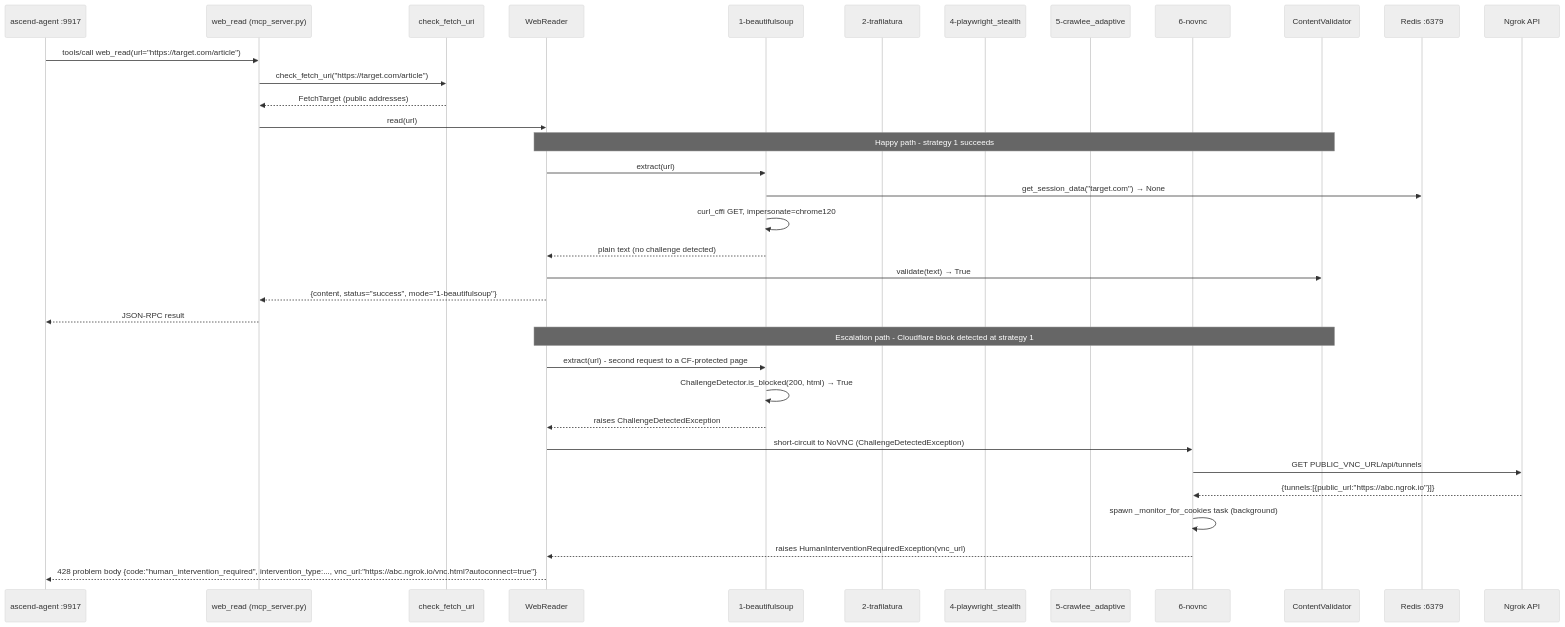
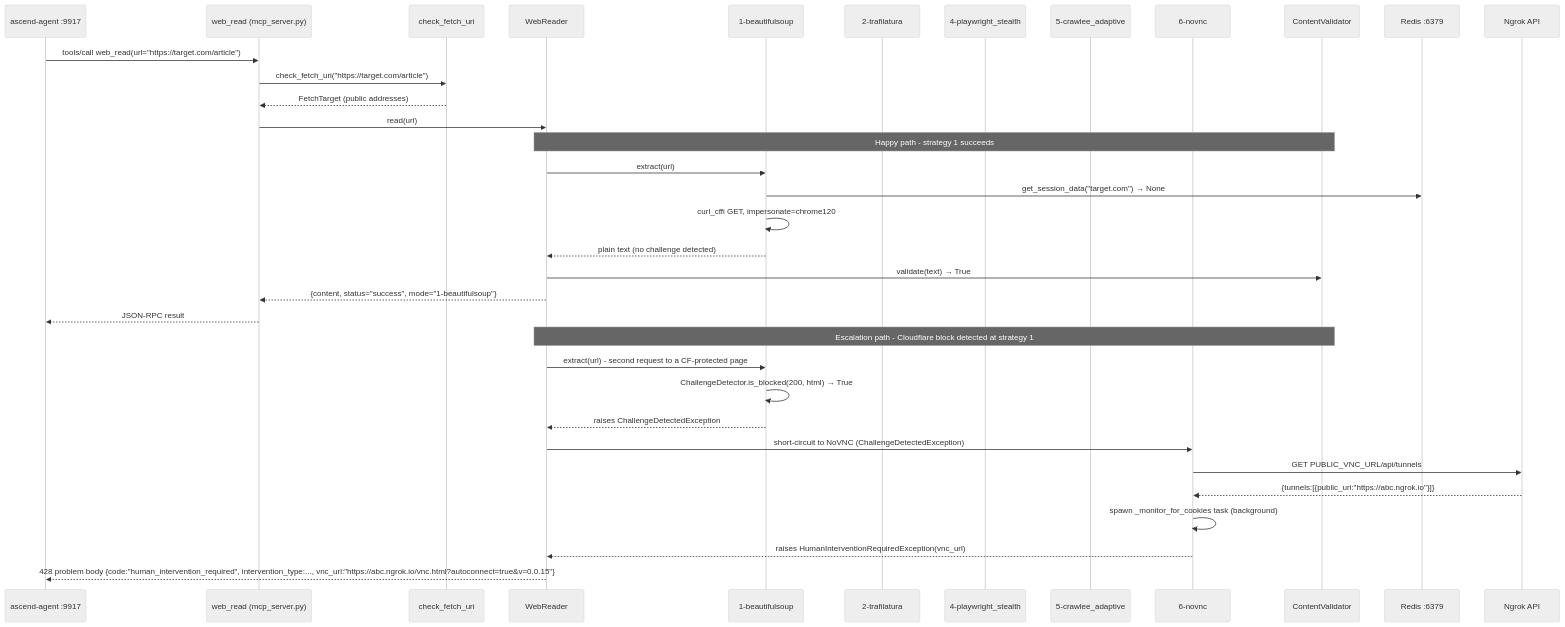
One commit to Lukk17/AscendAI changed the second of 2 diagrams in apps/ascend-web-hunter/docs/architecture/diagrams/container-diagram.md. Above: the diagram before and after it, drawn with Mermaid (neutral theme). The commit also changed 25 other files, not shown here.

````diff
--- a/apps/ascend-web-hunter/docs/architecture/diagrams/container-diagram.md
+++ b/apps/ascend-web-hunter/docs/architecture/diagrams/container-diagram.md
@@ -76,45 +76,45 @@
 ```mermaid
 sequenceDiagram
     accTitle: ascend-web-hunter extraction strategy escalation
     accDescr: Shows strategy escalation from the fast BeautifulSoup path through to the human NoVNC intervention.
 
     participant Agent as ascend-agent :9917
     participant MCP as web_read (mcp_server.py)
     participant Guard as check_fetch_uri
     participant WR as WebReader
     participant S1 as 1-beautifulsoup
     participant S2 as 2-trafilatura
     participant S4 as 4-playwright_stealth
     participant S5 as 5-crawlee_adaptive
     participant S6 as 6-novnc
     participant CV as ContentValidator
     participant Redis as Redis :6379
     participant Ngrok as Ngrok API
 
     Agent->>MCP: tools/call web_read(url="https://target.com/article")
     MCP->>Guard: check_fetch_uri("https://target.com/article")
     Guard-->>MCP: FetchTarget (public addresses)
     MCP->>WR: read(url)
 
     note over WR,CV: Happy path - strategy 1 succeeds
 
     WR->>S1: extract(url)
     S1->>Redis: get_session_data("target.com") → None
     S1->>S1: curl_cffi GET, impersonate=chrome120
     S1-->>WR: plain text (no challenge detected)
     WR->>CV: validate(text) → True
     WR-->>MCP: {content, status="success", mode="1-beautifulsoup"}
     MCP-->>Agent: JSON-RPC result
 
     note over WR,CV: Escalation path - Cloudflare block detected at strategy 1
 
     WR->>S1: extract(url) - second request to a CF-protected page
     S1->>S1: ChallengeDetector.is_blocked(200, html) → True
     S1-->>WR: raises ChallengeDetectedException
     WR->>S6: short-circuit to NoVNC (ChallengeDetectedException)
     S6->>Ngrok: GET PUBLIC_VNC_URL/api/tunnels
     Ngrok-->>S6: {tunnels:[{public_url:"https://abc.ngrok.io"}]}
     S6->>S6: spawn _monitor_for_cookies task (background)
     S6-->>WR: raises HumanInterventionRequiredException(vnc_url)
-    WR-->>Agent: 428 problem body {code:"human_intervention_required", intervention_type:..., vnc_url:"https://abc.ngrok.io/vnc.html?autoconnect=true"}
+    WR-->>Agent: 428 problem body {code:"human_intervention_required", intervention_type:..., vnc_url:"https://abc.ngrok.io/vnc.html?autoconnect=true&v=0.0.15"}
 ```
````
